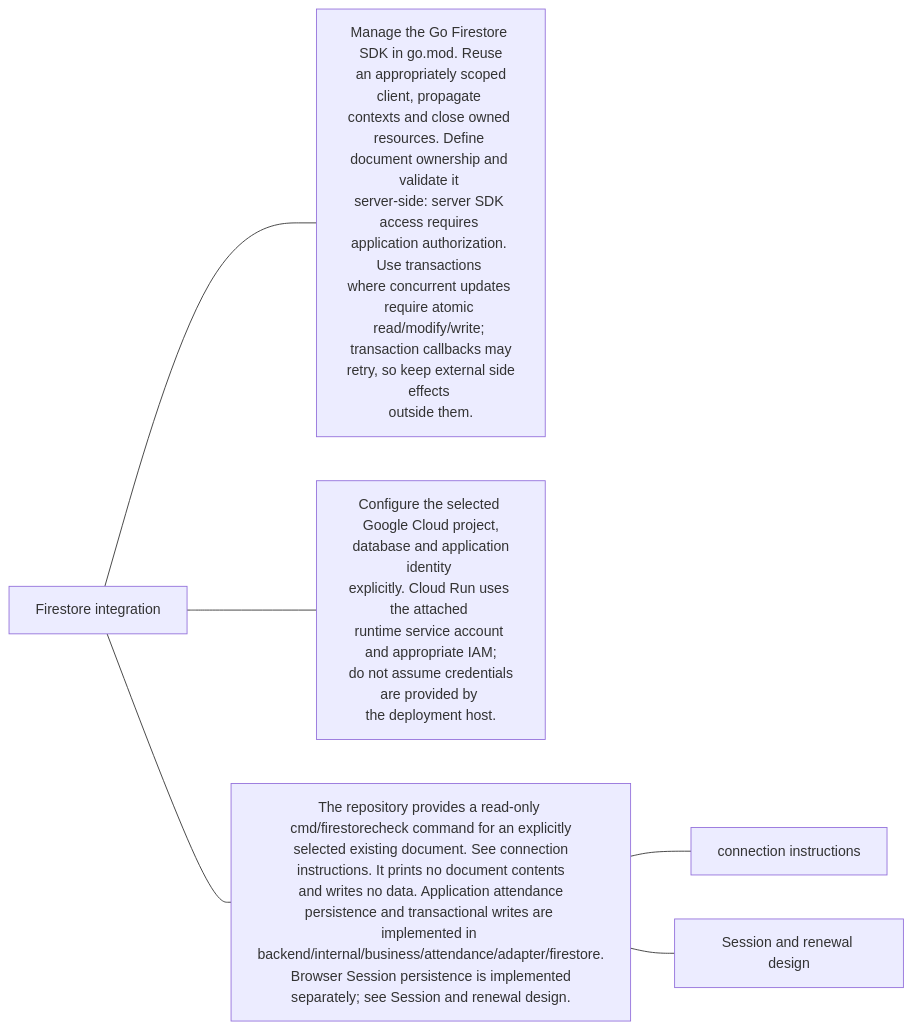
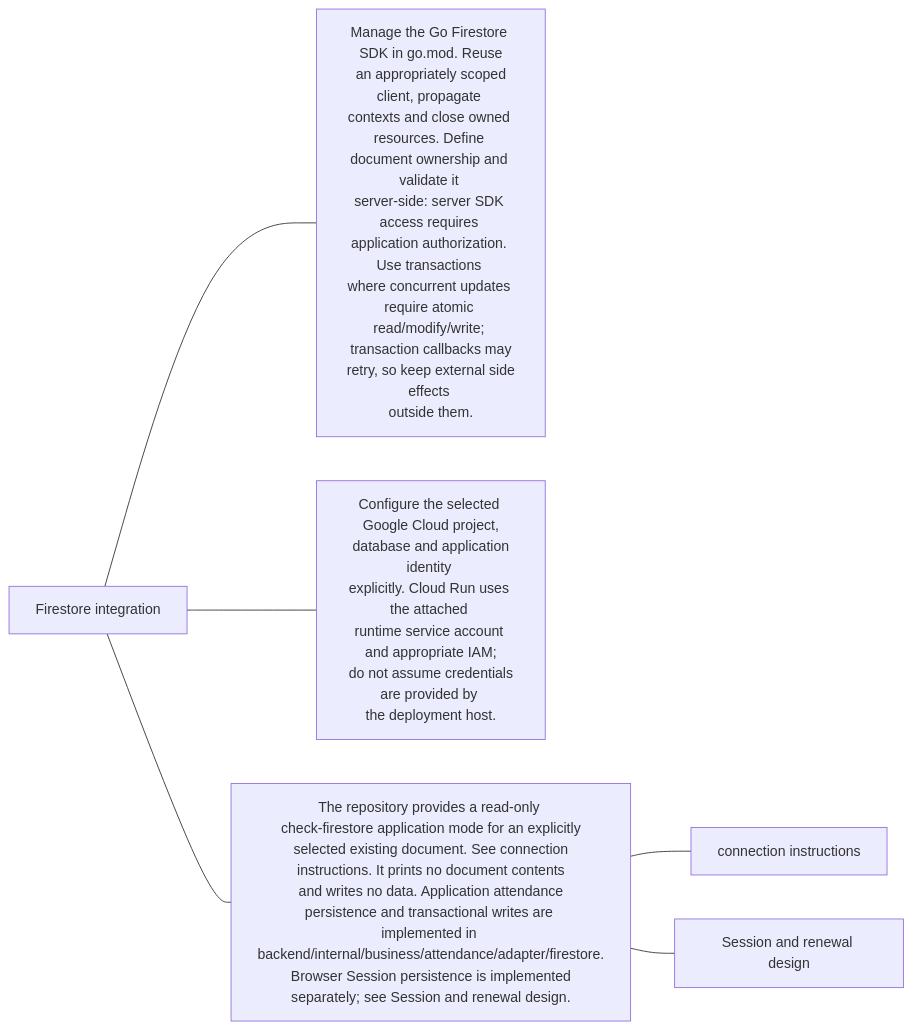
The first of 2 diagrams in docs/architecture/storage/firestore.md (963sup/line-mini-app-bot), drawn with Mermaid before and after one commit. The commit also changed 58 other files, not shown here.

````diff
--- a/docs/architecture/storage/firestore.md
+++ b/docs/architecture/storage/firestore.md
@@ -5,11 +5,11 @@
 ```mermaid
 flowchart LR
   h["Firestore integration"]
   h --- n0["Manage the Go Firestore SDK in go.mod. Reuse<br/> an appropriately scoped client, propagate <br/>contexts and close owned resources. Define <br/>document ownership and validate it <br/>server-side: server SDK access requires <br/>application authorization. Use transactions <br/>where concurrent updates require atomic <br/>read/modify/write; transaction callbacks may<br/> retry, so keep external side effects <br/>outside them."]
   h --- n1["Configure the selected Google Cloud project,<br/> database and application identity <br/>explicitly. Cloud Run uses the attached <br/>runtime service account and appropriate IAM;<br/> do not assume credentials are provided by <br/>the deployment host."]
-  h --- n2["The repository provides a read-only <br/>cmd/firestorecheck command for an explicitly<br/> selected existing document. See connection <br/>instructions. It prints no document contents<br/> and writes no data. Application attendance <br/>persistence and transactional writes are <br/>implemented in <br/>backend/internal/business/attendance/adapter/firestore.<br/> Browser Session persistence is implemented <br/>separately; see Session and renewal design."]
+  h --- n2["The repository provides a read-only <br/>check-firestore application mode for an explicitly<br/> selected existing document. See connection <br/>instructions. It prints no document contents<br/> and writes no data. Application attendance <br/>persistence and transactional writes are <br/>implemented in <br/>backend/internal/business/attendance/adapter/firestore.<br/> Browser Session persistence is implemented <br/>separately; see Session and renewal design."]
   n2 --- n2l0["connection instructions"]
   click n2l0 "../../guides/line-setup/README.md#firestore-唯讀連線"
   n2 --- n2l1["Session and renewal design"]
   click n2l1 "../identity/browser-session.md"
 ```
````
